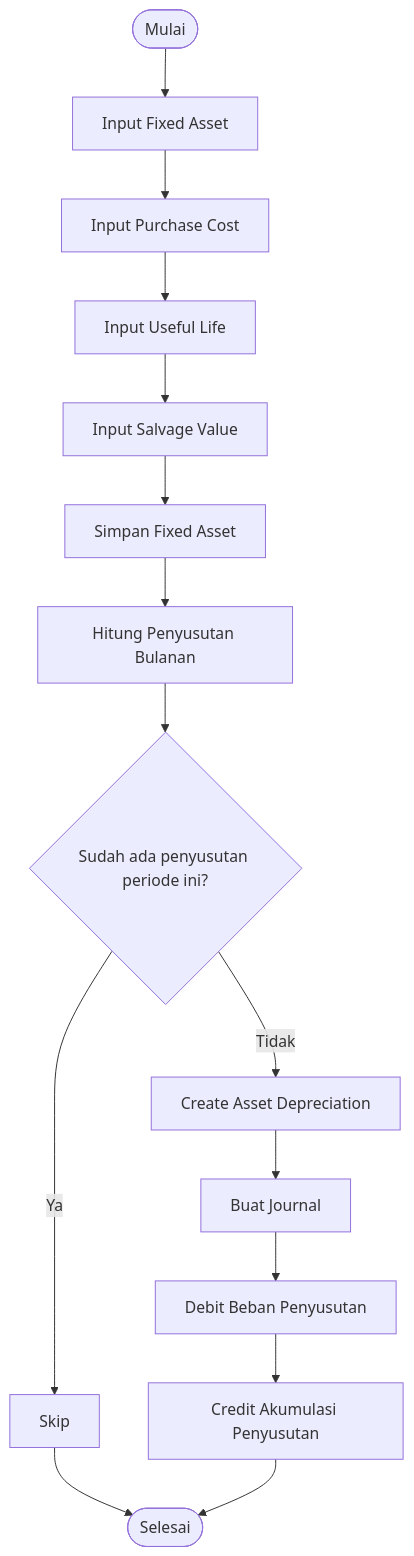
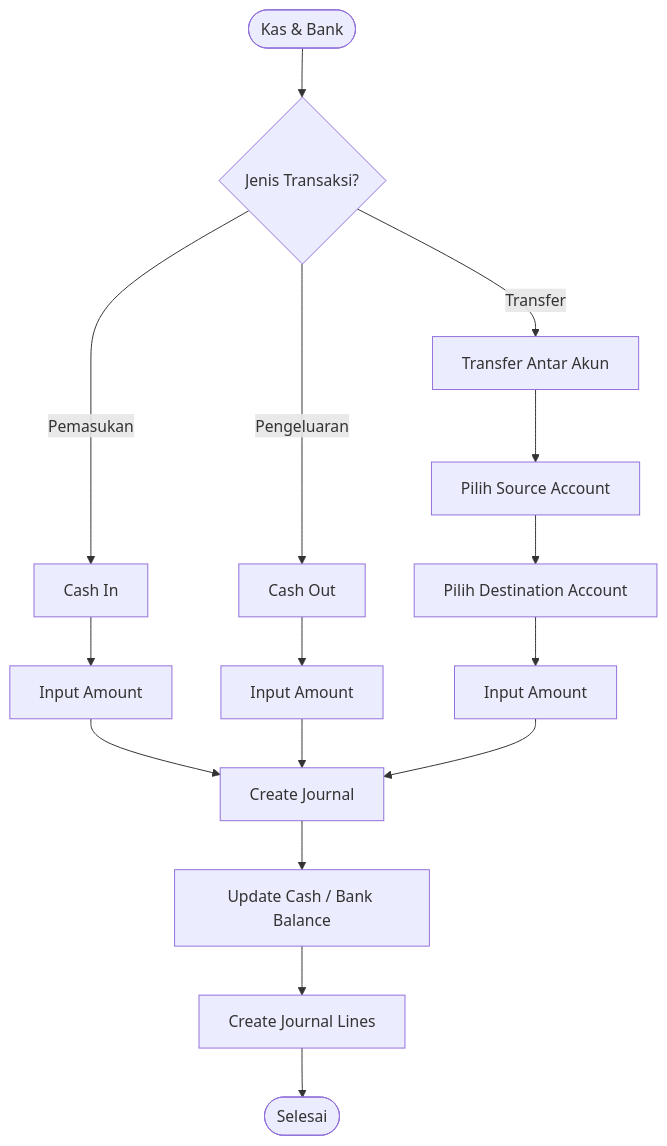
One commit to ahmadfaiqm/flowcash changed the sixth of 17 diagrams in docs/flowchart/flowchart.md. Above: the diagram before and after it, drawn with Mermaid. The commit also changed other lines of this file, not shown here.

Commit message:
feat/FlowChartBaru

````diff
--- a/docs/flowchart/flowchart.md
+++ b/docs/flowchart/flowchart.md
@@ -343,21 +160,18 @@
 ```mermaid
 flowchart TD
-    A([Mulai]) --> B[Input Fixed Asset]
-    B --> C[Input Purchase Cost]
-    C --> D[Input Useful Life]
-    D --> E[Input Salvage Value]
-
-    E --> F[Simpan Fixed Asset]
-    F --> G[Hitung Penyusutan Bulanan]
-
-    G --> H{Sudah ada penyusutan periode ini?}
-
-    H -- Ya --> I[Skip]
-    I --> Z([Selesai])
-
-    H -- Tidak --> J[Create Asset Depreciation]
-    J --> K[Buat Journal]
-    K --> L[Debit Beban Penyusutan]
-    L --> M[Credit Akumulasi Penyusutan]
-    M --> Z
+    A([Kas & Bank]) --> B{Jenis Transaksi?}
+    B -->|Pemasukan| C[Cash In]
+    B -->|Pengeluaran| D[Cash Out]
+    B -->|Transfer| E[Transfer Antar Akun]
+    C --> F[Input Amount]
+    D --> G[Input Amount]
+    E --> H[Pilih Source Account]
+    H --> I[Pilih Destination Account]
+    I --> J[Input Amount]
+    F --> K[Create Journal]
+    G --> K
+    J --> K
+    K --> L[Update Cash / Bank Balance]
+    L --> M[Create Journal Lines]
+    M --> N([Selesai])
 ```
````
